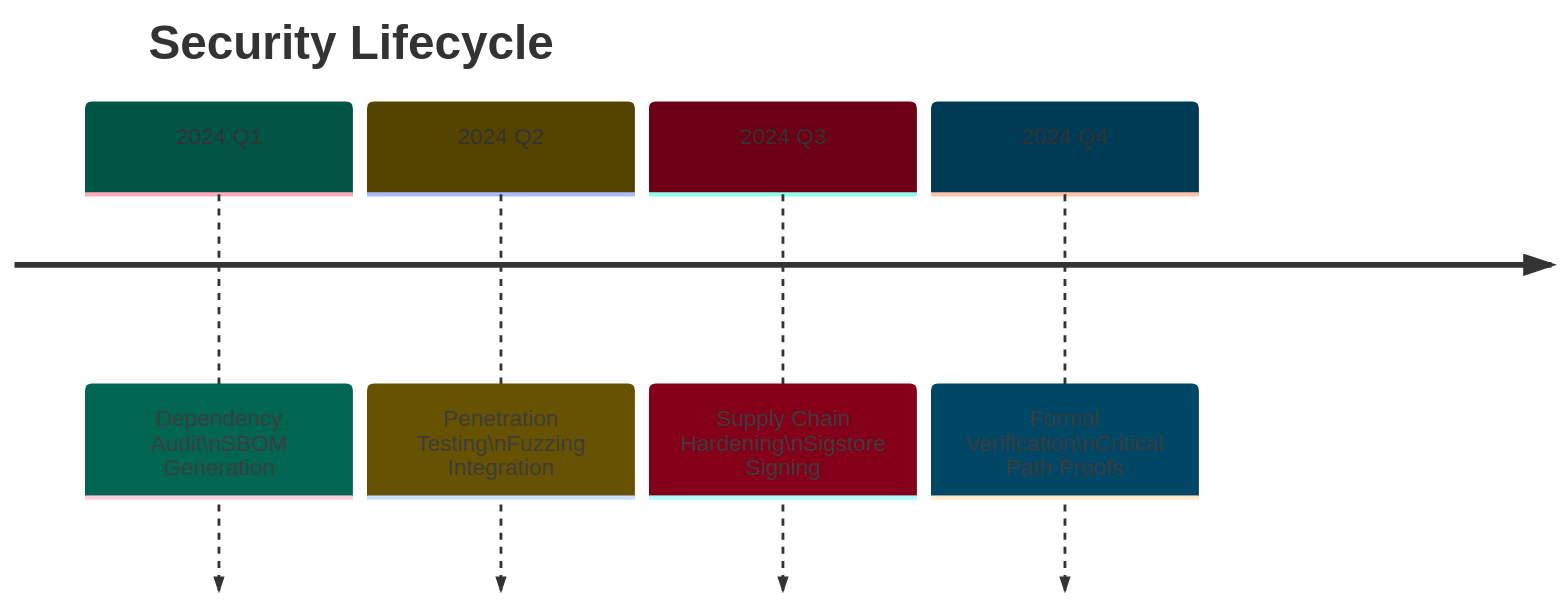
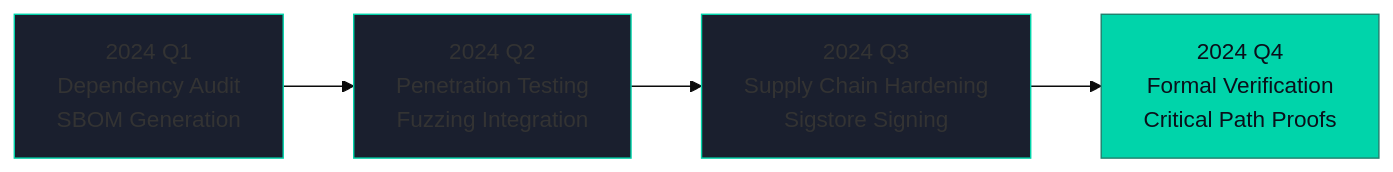
The ninth of 9 diagrams in README.md (yogeshwankhede007/TokenOpt), drawn with Mermaid before and after one commit. The commit also changed other lines of this file, not shown here.

Commit message:
fix: Mermaid diagrams incompatible with GitHub renderer

````diff
--- a/README.md
+++ b/README.md
@@ -1188,9 +1186,12 @@
 ```mermaid
 %%{init: {'theme': 'base', 'themeVariables': {'primaryColor': '#00D4AA'}}}%%
-timeline
-    title Security Lifecycle
-    2024 Q1 : Dependency Audit\nSBOM Generation
-    2024 Q2 : Penetration Testing\nFuzzing Integration
-    2024 Q3 : Supply Chain Hardening\nSigstore Signing
-    2024 Q4 : Formal Verification\nCritical Path Proofs
+graph LR
+    Q1[2024 Q1<br/>Dependency Audit<br/>SBOM Generation] --> Q2[2024 Q2<br/>Penetration Testing<br/>Fuzzing Integration]
+    Q2 --> Q3[2024 Q3<br/>Supply Chain Hardening<br/>Sigstore Signing]
+    Q3 --> Q4[2024 Q4<br/>Formal Verification<br/>Critical Path Proofs]
+    
+    style Q1 fill:#1a1f2e,stroke:#00D4AA
+    style Q2 fill:#1a1f2e,stroke:#00D4AA
+    style Q3 fill:#1a1f2e,stroke:#00D4AA
+    style Q4 fill:#00D4AA,color:#0a0f1a
 ```
````
